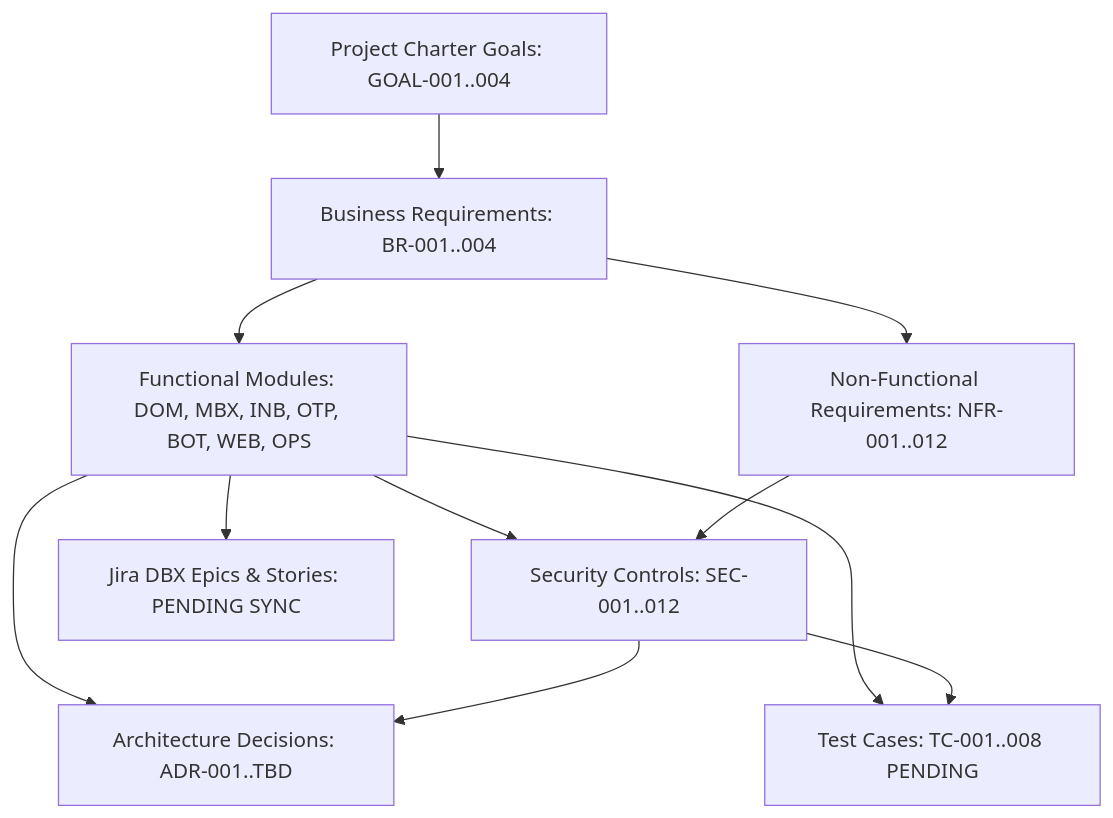
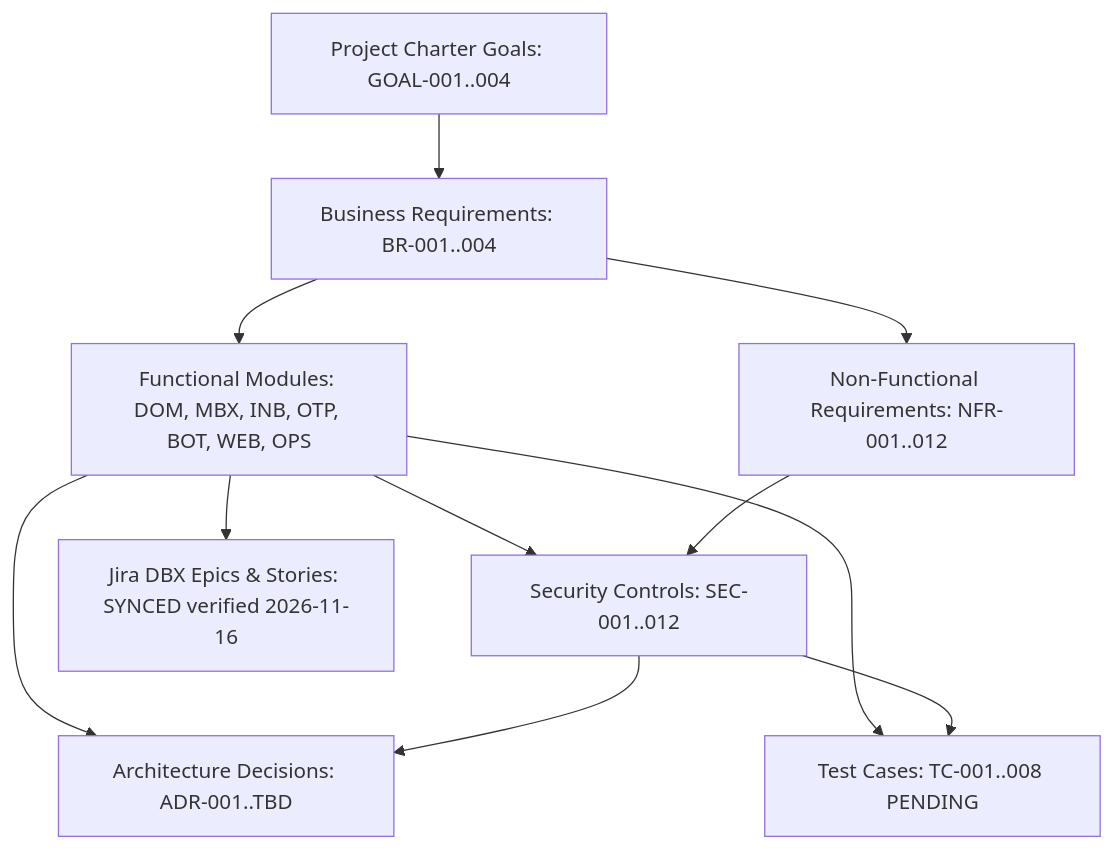
The diagram in docs/02-requirements/traceability/traceability-matrix.md (lostsky1403/domibox), drawn with Mermaid before and after one commit. The commit also changed other lines of this file and 3 other files, not shown here.

Commit message:
docs(delivery): close recovery blockers — sync map D5 split, RTM reconciled, epic-catalogue canonical IDs, recovery-state updated

````diff
--- a/docs/02-requirements/traceability/traceability-matrix.md
+++ b/docs/02-requirements/traceability/traceability-matrix.md
@@ -104,13 +104,13 @@
 ```mermaid
 flowchart TD
     Charter[Project Charter Goals: GOAL-001..004] --> BR[Business Requirements: BR-001..004]
     BR --> FR[Functional Modules: DOM, MBX, INB, OTP, BOT, WEB, OPS]
     BR --> NFR[Non-Functional Requirements: NFR-001..012]
     FR --> SEC[Security Controls: SEC-001..012]
     NFR --> SEC
     FR --> ADR[Architecture Decisions: ADR-001..TBD]
     SEC --> ADR
     FR --> TC[Test Cases: TC-001..008 PENDING]
     SEC --> TC
-    FR --> Delivery[Jira DBX Epics & Stories: PENDING SYNC]
+    FR --> Delivery[Jira DBX Epics & Stories: SYNCED verified 2026-11-16]
 ```
````
